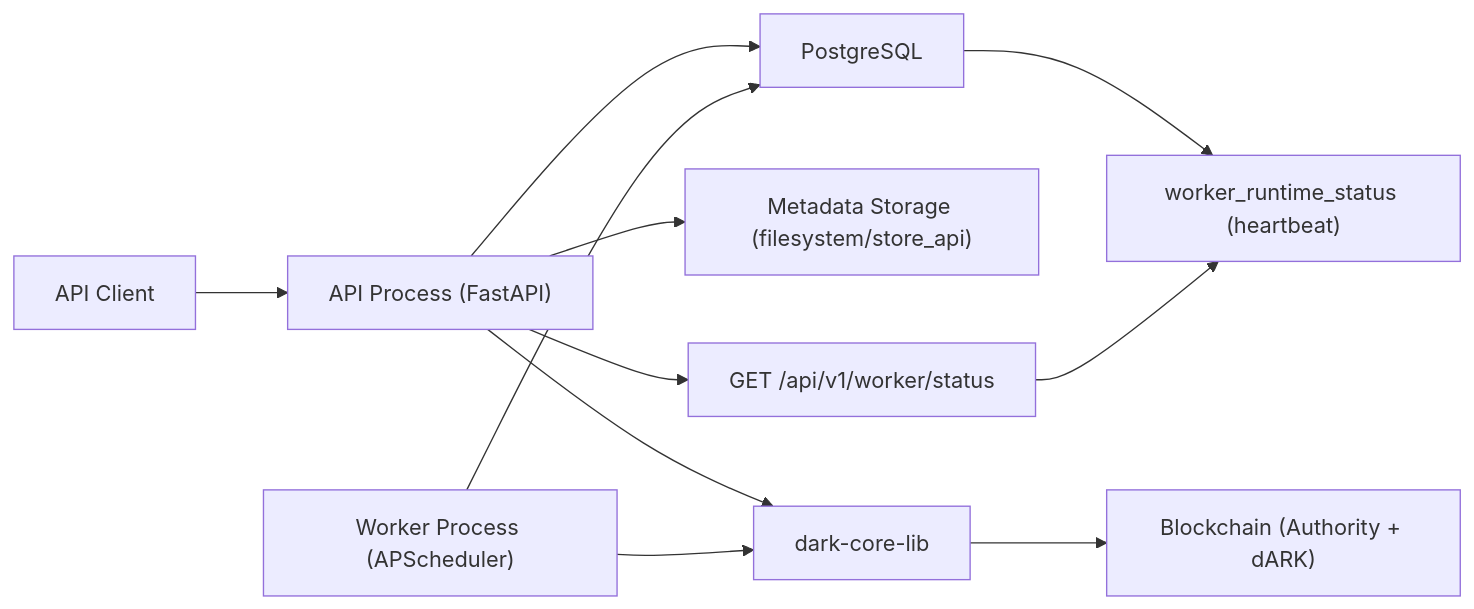
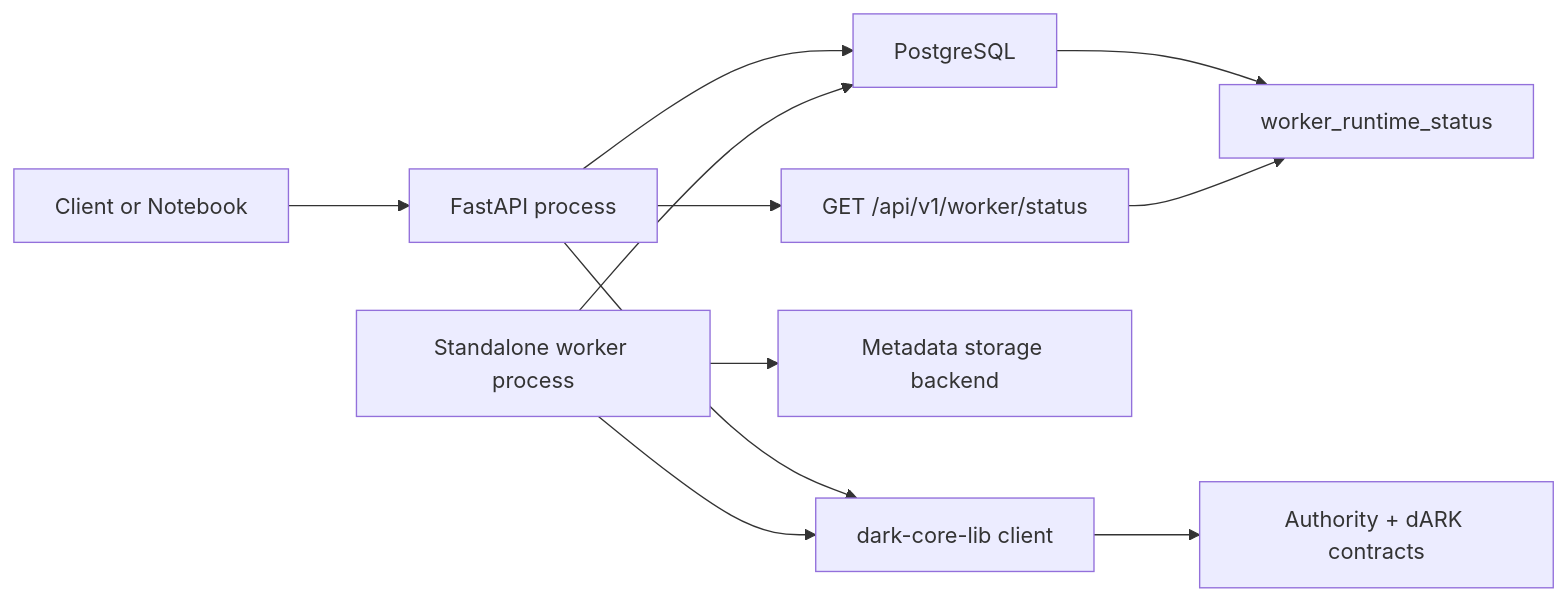
One commit to LA-Referencia-IOI/dark-core-minter-api changed the first of 11 diagrams in minter-architecture.md. Above: the diagram before and after it, drawn with Mermaid. The commit also changed other lines of this file and 12 other files, not shown here.

````diff
--- a/minter-architecture.md
+++ b/minter-architecture.md
@@ -9,15 +52,15 @@
 ```mermaid
 flowchart LR
-    C["API Client"] --> API["API Process (FastAPI)"]
+    Client["Client or Notebook"] --> API["FastAPI process"]
     API --> DB["PostgreSQL"]
-    API --> ST["Metadata Storage (filesystem/store_api)"]
-    API --> CORE["dark-core-lib"]
-    CORE --> CHAIN["Blockchain (Authority + dARK)"]
+    API --> Core["dark-core-lib client"]
+    Core --> Chain["Authority + dARK contracts"]
 
-    W["Worker Process (APScheduler)"] --> DB
-    W --> CORE
+    Worker["Standalone worker process"] --> DB
+    Worker --> Store["Metadata storage backend"]
+    Worker --> Core
 
-    DB --> HB["worker_runtime_status (heartbeat)"]
-    API --> WS["GET /api/v1/worker/status"]
-    WS --> HB
+    DB --> Runtime["worker_runtime_status"]
+    API --> Status["GET /api/v1/worker/status"]
+    Status --> Runtime
 ```
````
